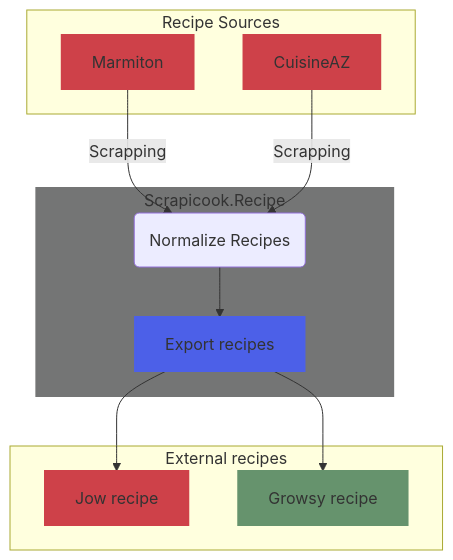
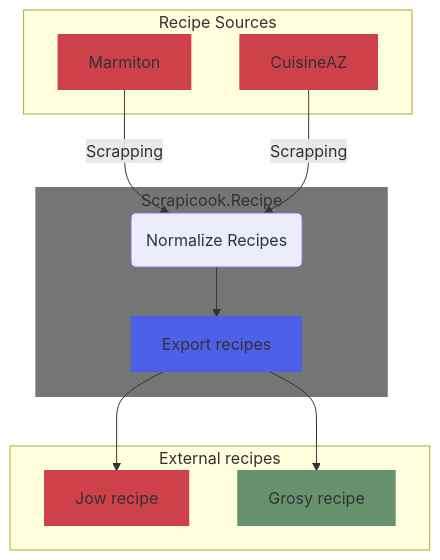
The fifth of 5 diagrams in readme.md (vincentbattez/Scrapicook), drawn with Mermaid before and after one commit. The commit also changed other lines of this file and 39 other files, not shown here.

````diff
--- a/readme.md
+++ b/readme.md
@@ -183,38 +183,38 @@
 ```mermaid
 graph TD
     %% colors
     style CAZ fill:#CE4149,stroke:#CE4149,stroke-width:2px
     style MAR fill:#CE4149,stroke:#CE4149,stroke-width:2px
     style JOW_RECIPE fill:#CE4149,stroke:#CE4149,stroke-width:2px
     style Scrapicook.Recipe fill:#747575,stroke:#747575,stroke-width:2px
     style EXPORT fill:#4C60E8,stroke:#4C60E8,stroke-width:2px
 
     style GSY_RECIPE fill:#66936D,stroke:#66936D,stroke-width:2px
 
     %% subgraph
     subgraph Recipe Sources
         CAZ[CuisineAZ]
         MAR[Marmiton]
     end
 
     subgraph Scrapicook.Recipe
         NORMALIZE_RECIPE(Normalize Recipes)
         EXPORT[Export recipes]
     end
     
     subgraph External_recipe[External recipes]
-        GSY_RECIPE[Growsy recipe]
+        GSY_RECIPE[Grosy recipe]
         JOW_RECIPE[Jow recipe]
     end
 
     %% Sources
     MAR -->|Scrapping| NORMALIZE_RECIPE
     CAZ -->|Scrapping| NORMALIZE_RECIPE
     
     %% Features
     NORMALIZE_RECIPE --> EXPORT
 
     %% Destination
     EXPORT --> GSY_RECIPE
     EXPORT --> JOW_RECIPE
 ```
````
